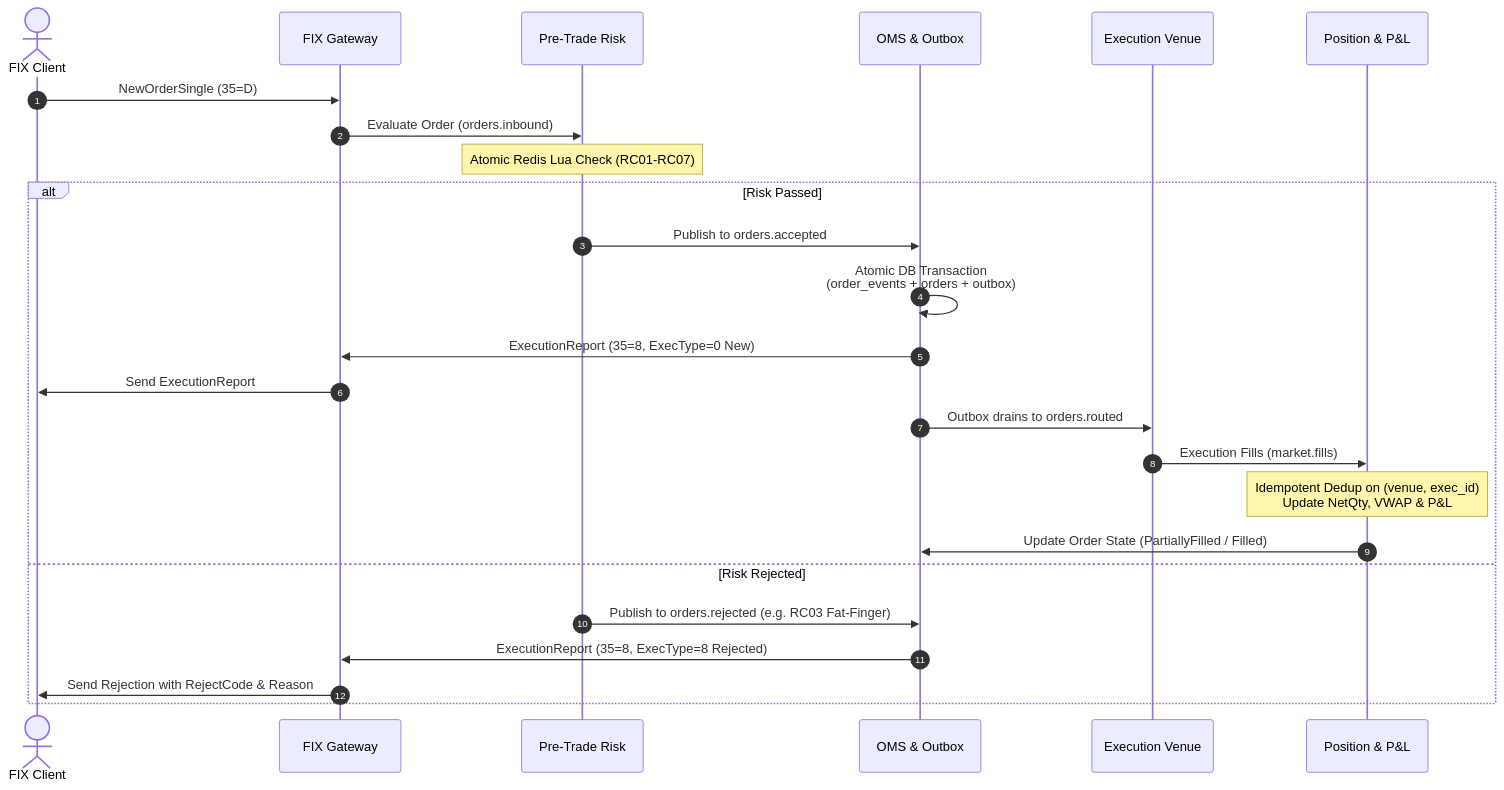
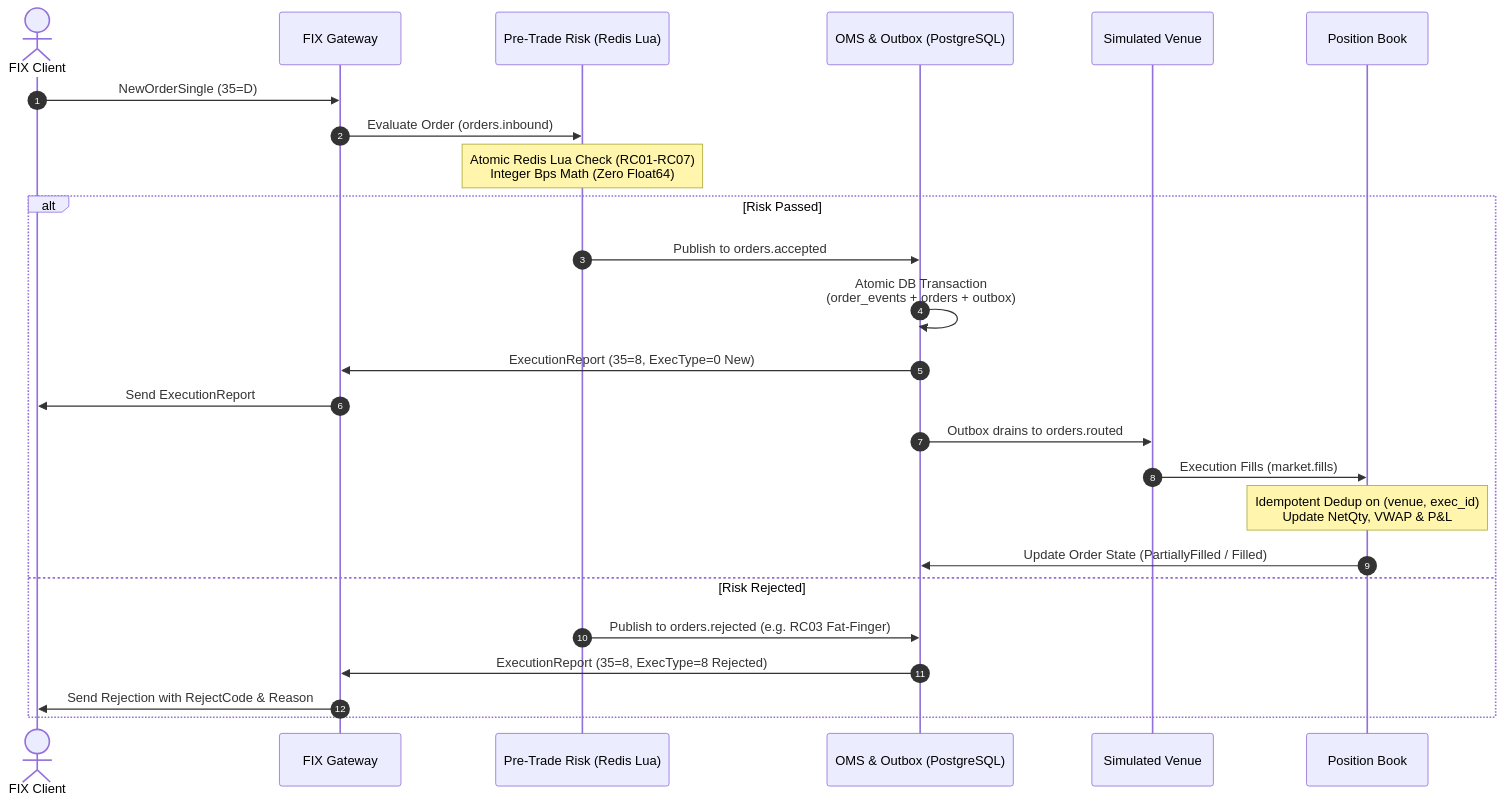
Before and after one commit to Amrit-04/Tradeflow: the diagram in README.md, drawn with Mermaid. The commit also changed other lines of this file and 2 other files, not shown here.

Commit message:
docs: update README with real vs simulated breakdown and clear demo labeling

````diff
--- a/README.md
+++ b/README.md
@@ -101,29 +143,29 @@
 ```mermaid
 sequenceDiagram
     autonumber
     actor Client as FIX Client
     participant GW as FIX Gateway
-    participant Risk as Pre-Trade Risk
-    participant OMS as OMS & Outbox
-    participant Sim as Execution Venue
-    participant Pos as Position & P&L
+    participant Risk as Pre-Trade Risk (Redis Lua)
+    participant OMS as OMS & Outbox (PostgreSQL)
+    participant Sim as Simulated Venue
+    participant Pos as Position Book
 
     Client->>GW: NewOrderSingle (35=D)
     GW->>Risk: Evaluate Order (orders.inbound)
-    Note over Risk: Atomic Redis Lua Check (RC01-RC07)
+    Note over Risk: Atomic Redis Lua Check (RC01-RC07)<br/>Integer Bps Math (Zero Float64)
     
     alt Risk Passed
         Risk->>OMS: Publish to orders.accepted
         OMS->>OMS: Atomic DB Transaction<br/>(order_events + orders + outbox)
         OMS->>GW: ExecutionReport (35=8, ExecType=0 New)
         GW->>Client: Send ExecutionReport
         OMS->>Sim: Outbox drains to orders.routed
         Sim->>Pos: Execution Fills (market.fills)
         Note over Pos: Idempotent Dedup on (venue, exec_id)<br/>Update NetQty, VWAP & P&L
         Pos->>OMS: Update Order State (PartiallyFilled / Filled)
     else Risk Rejected
         Risk->>OMS: Publish to orders.rejected (e.g. RC03 Fat-Finger)
         OMS->>GW: ExecutionReport (35=8, ExecType=8 Rejected)
         GW->>Client: Send Rejection with RejectCode & Reason
     end
 ```
````
